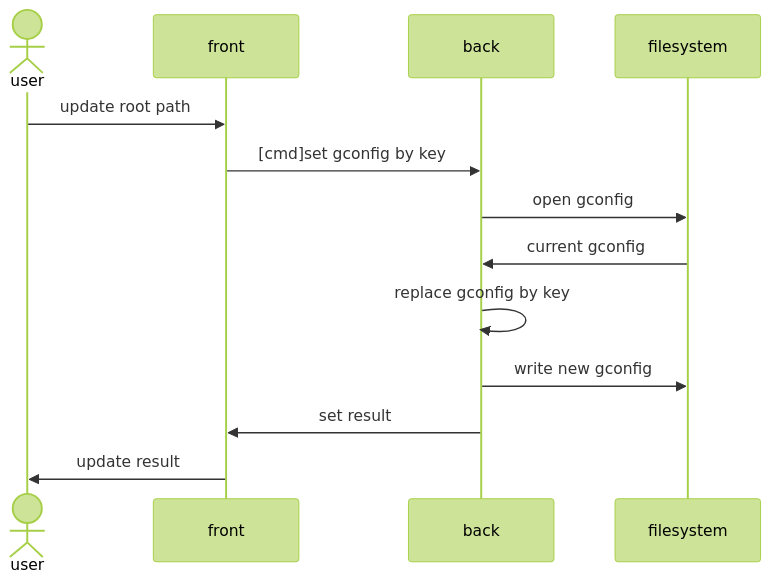
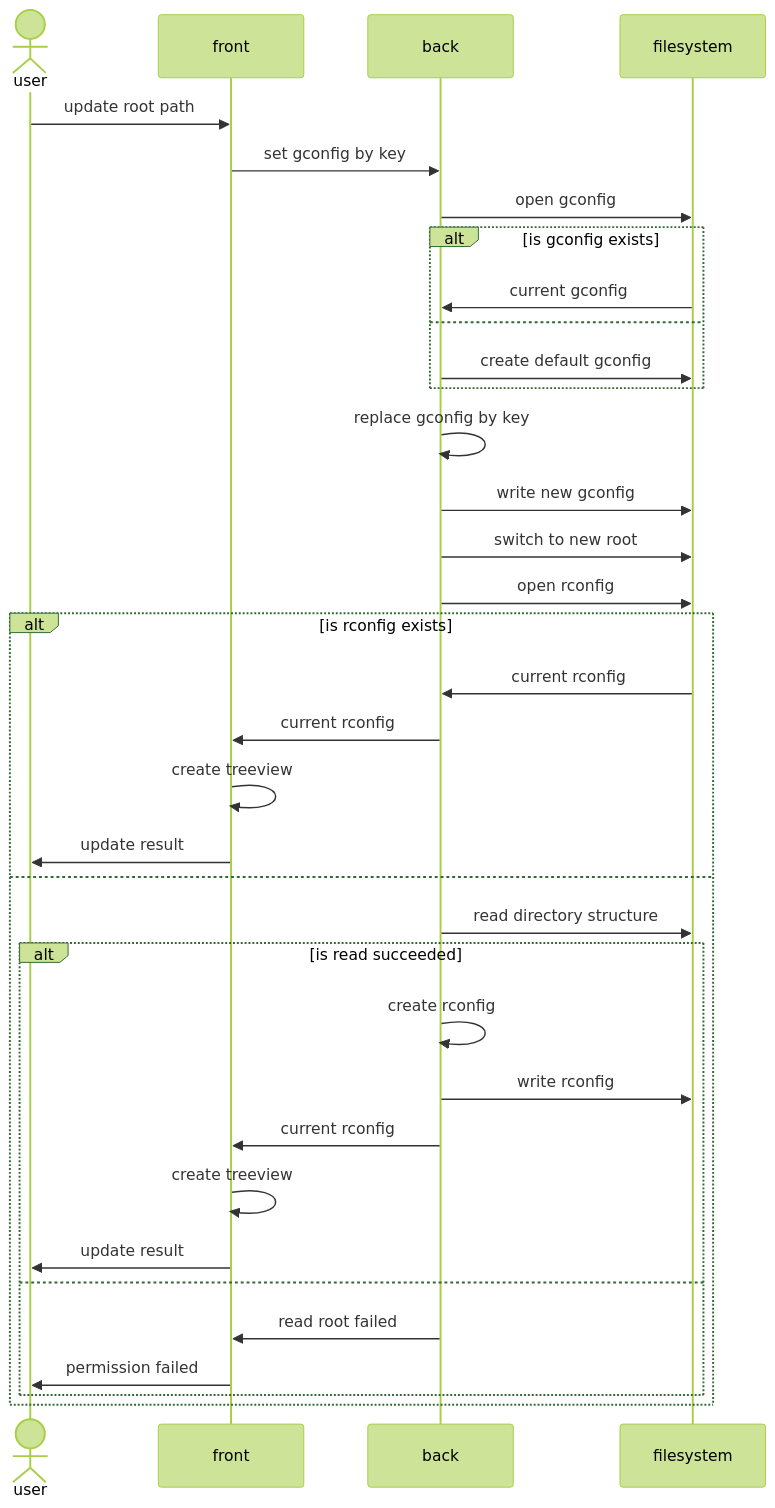
One commit to uoyniXnaH/Rescue-md-notebook changed the second of 3 diagrams in README.md. Above: the diagram before and after it, drawn with Mermaid (forest theme). The commit also changed other lines of this file, not shown here.

Commit message:
CHORE: update sequences

````diff
--- a/README.md
+++ b/README.md
@@ -56,15 +58,37 @@
 ```mermaid
 sequenceDiagram
     actor user
     participant front
     participant back
     participant filesystem
     user->>front: update root path
-    front->>back: [cmd]set gconfig by key
+    front->>back: set gconfig by key
     back->>filesystem: open gconfig
-    filesystem->>back: current gconfig
+    alt is gconfig exists
+        filesystem->>back: current gconfig
+    else
+        back->>filesystem: create default gconfig
+    end
     back->>back: replace gconfig by key
     back->>filesystem: write new gconfig
-    back->>front: set result
-    front->>user: update result
+    back->>filesystem: switch to new root
+    back->>filesystem: open rconfig
+    alt is rconfig exists
+        filesystem->>back: current rconfig
+        back->>front: current rconfig
+        front->>front: create treeview
+        front->>user: update result
+    else
+        back->>filesystem: read directory structure
+        alt is read succeeded
+            back->>back: create rconfig
+            back->>filesystem: write rconfig
+            back->>front: current rconfig
+            front->>front: create treeview
+            front->>user: update result
+        else
+            back->>front: read root failed
+            front->>user: permission failed
+        end
+    end
 ```
````
